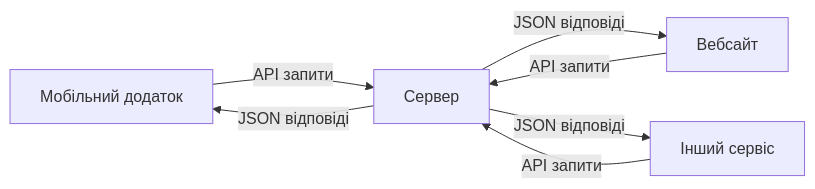
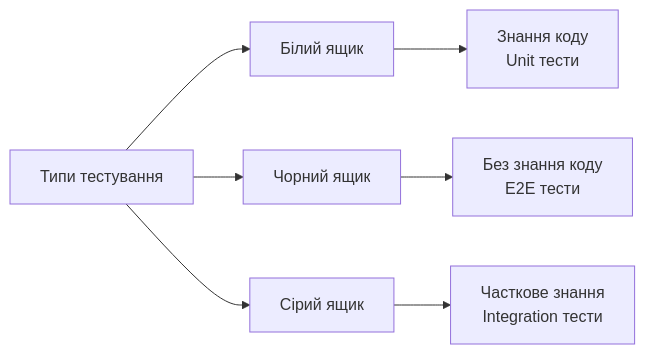
The first of 8 diagrams in docs/presentations/presentation-12.md (olroi421/course-opi), drawn with Mermaid before and after one commit. The commit also changed other lines of this file and 8 other files, not shown here.

````diff
--- a/docs/presentations/presentation-12.md
+++ b/docs/presentations/presentation-12.md
@@ -19,10 +42,10 @@
 ```mermaid
 graph LR
-    A[Мобільний додаток] -->|API запити| B[Сервер]
-    C[Вебсайт] -->|API запити| B
-    D[Інший сервіс] -->|API запити| B
+    A[Типи тестування] --> B[Білий ящик]
+    A --> C[Чорний ящик]
+    A --> D[Сірий ящик]
 
-    B -->|JSON відповіді| A
-    B -->|JSON відповіді| C
-    B -->|JSON відповіді| D
+    B --> E[Знання коду<br/>Unit тести]
+    C --> F[Без знання коду<br/>E2E тести]
+    D --> G[Часткове знання<br/>Integration тести]
 ```
````
